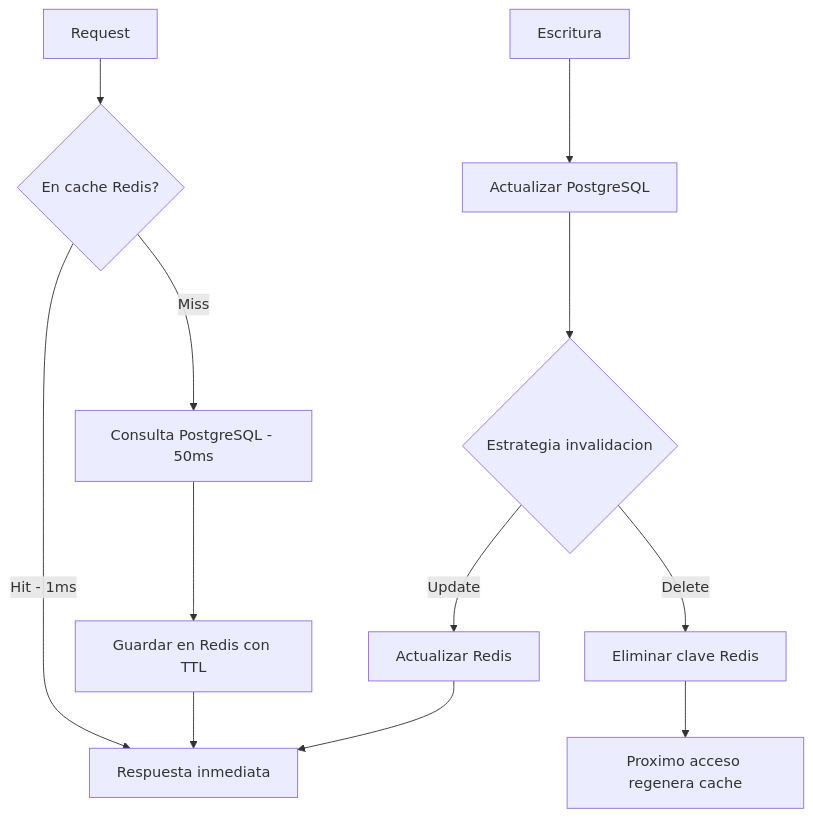
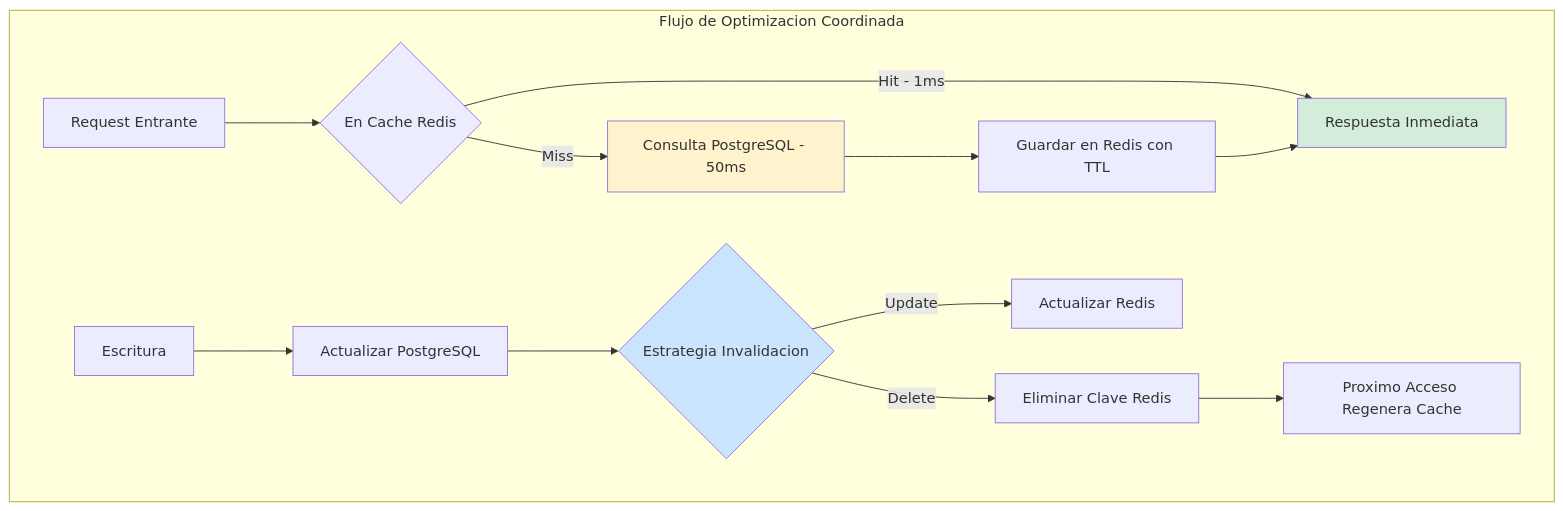
Before and after one commit to Joaquinriosheredia/DAM-Java-Mastery: the first of 4 diagrams in 04_Bases_de_Datos/optimizacion_jvm_y_cache_distribuida_redis_java_21_STAFF.md, drawn with Mermaid. The commit also changed other lines of this file, not shown here.

Commit message:
optimizacion_jvm_y_cache_distribuida_redis_java_21_STAFF.md

````diff
--- a/04_Bases_de_Datos/optimizacion_jvm_y_cache_distribuida_redis_java_21_STAFF.md
+++ b/04_Bases_de_Datos/optimizacion_jvm_y_cache_distribuida_redis_java_21_STAFF.md
@@ -29,14 +56,20 @@
 ```mermaid
 graph TD
-    A[Request] --> B{En cache Redis?}
-    B -->|Hit - 1ms| C[Respuesta inmediata]
-    B -->|Miss| D[Consulta PostgreSQL - 50ms]
-    D --> E[Guardar en Redis con TTL]
-    E --> C
-    F[Escritura] --> G[Actualizar PostgreSQL]
-    G --> H{Estrategia invalidacion}
-    H -->|Delete| I[Eliminar clave Redis]
-    H -->|Update| J[Actualizar Redis]
-    I --> K[Proximo acceso regenera cache]
-    J --> C
+    subgraph "Flujo de Optimizacion Coordinada"
+        REQ[Request Entrante] --> CACHE{En Cache Redis}
+        CACHE -->|Hit - 1ms| RESP[Respuesta Inmediata]
+        CACHE -->|Miss| BD[Consulta PostgreSQL - 50ms]
+        BD --> SAVE[Guardar en Redis con TTL]
+        SAVE --> RESP
+        
+        WRITE[Escritura] --> UPDATE[Actualizar PostgreSQL]
+        UPDATE --> INVALID{Estrategia Invalidacion}
+        INVALID -->|Delete| DEL[Eliminar Clave Redis]
+        INVALID -->|Update| REF[Actualizar Redis]
+        DEL --> REGEN[Proximo Acceso Regenera Cache]
+    end
+    
+    style RESP fill:#d4edda
+    style BD fill:#fff3cd
+    style INVALID fill:#cce5ff
 ```
````
